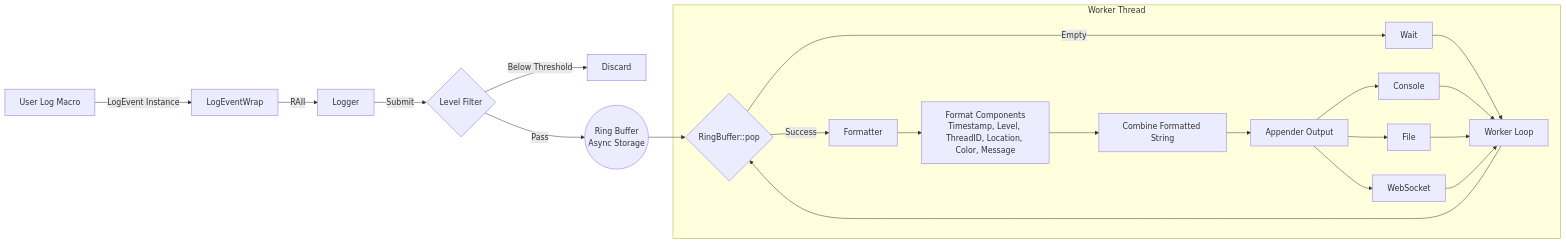
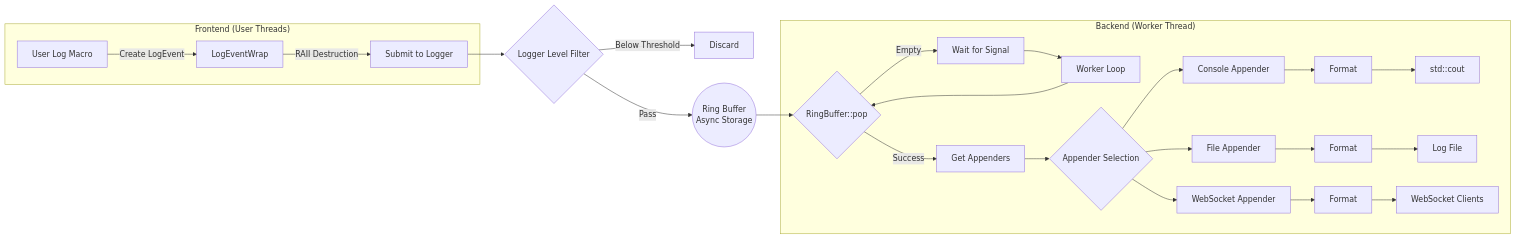
The diagram in README.md (AwakeLion-Robot-Lab/awakelion-logger), drawn with Mermaid before and after one commit. The commit also changed other lines of this file and 9 other files, not shown here.

````diff
--- a/README.md
+++ b/README.md
@@ -13,30 +13,33 @@
 ```mermaid
 flowchart LR
-    A[User Log Macro] -->|LogEvent Instance| B[LogEventWrap]
-    B -->|RAII| E[Logger]
-
-    E -->|Submit| G{Level Filter}
-    G -->|Below Threshold| H[Discard]
-    G -->|Pass| J((Ring Buffer<br/>Async Storage))
-
-    subgraph "Worker Thread"
-        K[Worker Loop] --> L{RingBuffer::pop}
-        L -->|Success| M[Formatter]
-        L -->|Empty| N[Wait]
-        N --> K
-
-        M --> O[Format Components<br/>Timestamp, Level, ThreadID, Location, Color, Message]
-        O --> P[Combine Formatted String]
-
-        P --> Q[Appender Output]
-        Q --> R[Console]
-        Q --> S[File]
-        Q --> T[WebSocket]
-
-        R --> K
-        S --> K
-        T --> K
+    subgraph "Frontend (User Threads)"
+        A[User Log Macro] -->|Create LogEvent| B[LogEventWrap]
+        B -->|RAII Destruction| C[Submit to Logger]
     end
 
-    J --> L
+    C --> D{Logger Level Filter}
+    D -->|Below Threshold| E[Discard]
+    D -->|Pass| F((Ring Buffer<br/>Async Storage))
+
+    subgraph "Backend (Worker Thread)"
+        G[Worker Loop] --> H{RingBuffer::pop}
+        H -->|Success| I[Get Appenders]
+        H -->|Empty| J[Wait for Signal]
+        J --> G
+
+        I --> K{Appender Selection}
+        K --> L[Console Appender]
+        K --> M[File Appender]
+        K --> N[WebSocket Appender]
+
+        L --> O[Format]
+        M --> P[Format]
+        N --> Q[Format]
+
+        O --> R[std::cout]
+        P --> S[Log File]
+        Q --> T[WebSocket Clients]
+    end
+
+    F --> H
 ```
````
